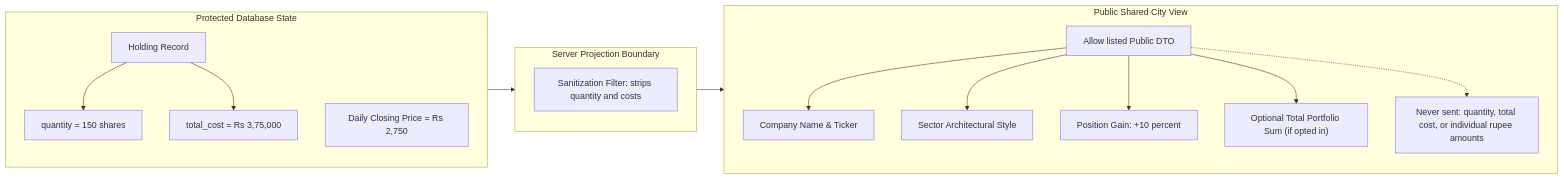
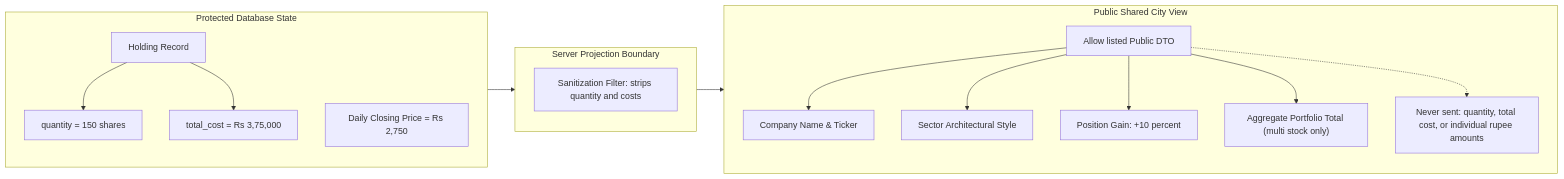
One commit to shubhamxdd/sto-viz changed the third of 4 diagrams in foliocity-data-model-diagrams.md. Above: the diagram before and after it, drawn with Mermaid. The commit also changed other lines of this file and 1 other file, not shown here.

````diff
--- a/foliocity-data-model-diagrams.md
+++ b/foliocity-data-model-diagrams.md
@@ -114,25 +114,25 @@
 ```mermaid
 flowchart LR
     subgraph PrivateDatabase["Protected Database State"]
         H["Holding Record"]
         H --> Q["quantity = 150 shares"]
         H --> C["total_cost = Rs 3,75,000"]
         DP["Daily Closing Price = Rs 2,750"]
     end
 
     subgraph SecurityBoundary["Server Projection Boundary"]
         Filter["Sanitization Filter: strips quantity and costs"]
     end
 
     subgraph PublicView["Public Shared City View"]
         DTO["Allow listed Public DTO"]
         DTO --> SName["Company Name & Ticker"]
         DTO --> SSector["Sector Architectural Style"]
         DTO --> SPct["Position Gain: +10 percent"]
-        DTO --> STotal["Optional Total Portfolio Sum (if opted in)"]
+        DTO --> STotal["Aggregate Portfolio Total (multi stock only)"]
         DTO -.-> Blocked["Never sent: quantity, total cost, or individual rupee amounts"]
     end
 
     PrivateDatabase --> SecurityBoundary
     SecurityBoundary --> PublicView
 ```
````
